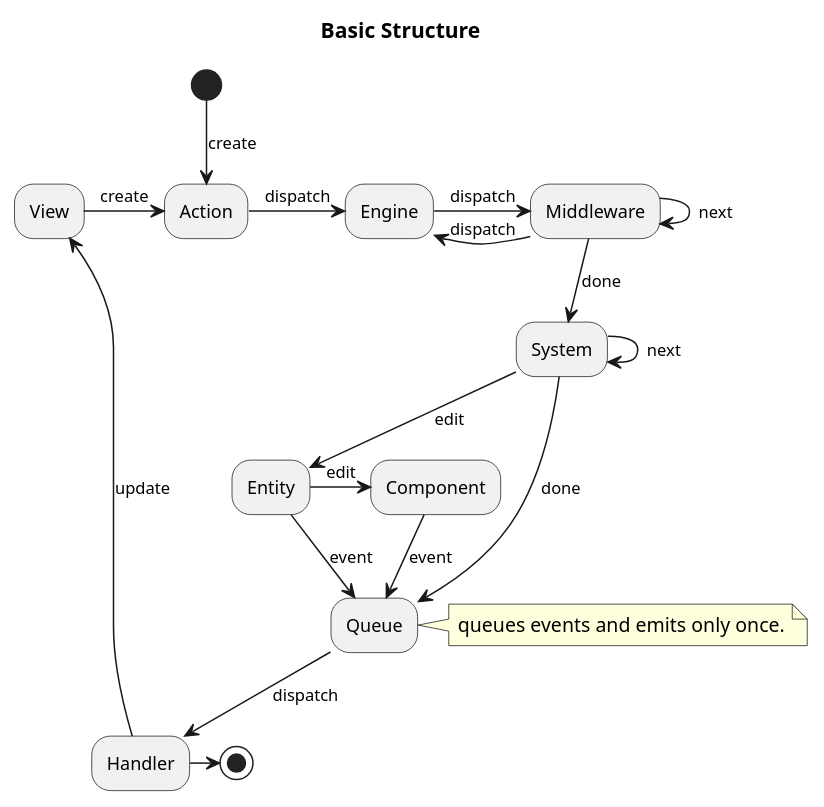
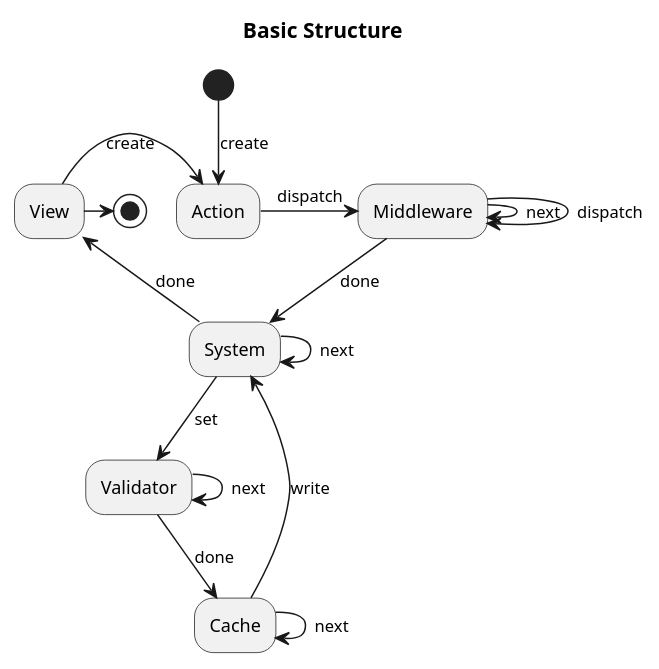
The diagram in doc/structure.puml (yoo2001818/ecsalator), drawn with PlantUML before and after one commit. The commit also changed 3 other files, not shown here.

```diff
--- a/doc/structure.puml
+++ b/doc/structure.puml
@@ -1,30 +1,25 @@
 @startuml
 
 title Basic Structure
 
 (*) --> [create] Action
 
 View -> [create] Action
--> [dispatch] Engine
 -> [dispatch] Middleware
 -> [next] Middleware
--> [dispatch] Engine
+--> [dispatch] Middleware
 
 Middleware --> [done] System
 System -> [next] System
-System --> [edit] Entity
-System --> [done] Queue
+System --> [set] Validator
 
-Entity -> [edit] Component
+Validator -> [next] Validator
+--> [done] Cache
+-> [next] Cache
+--> [write] System
 
-Component --> [event] Queue
-Entity --> [event] Queue
-note right: queues events and emits only once.
-
-Queue --> [dispatch] Handler
-
-Handler --> [update] View
-Handler -> (*)
+System --> [done] View
+View -> (*)
 
 
 @enduml
```
